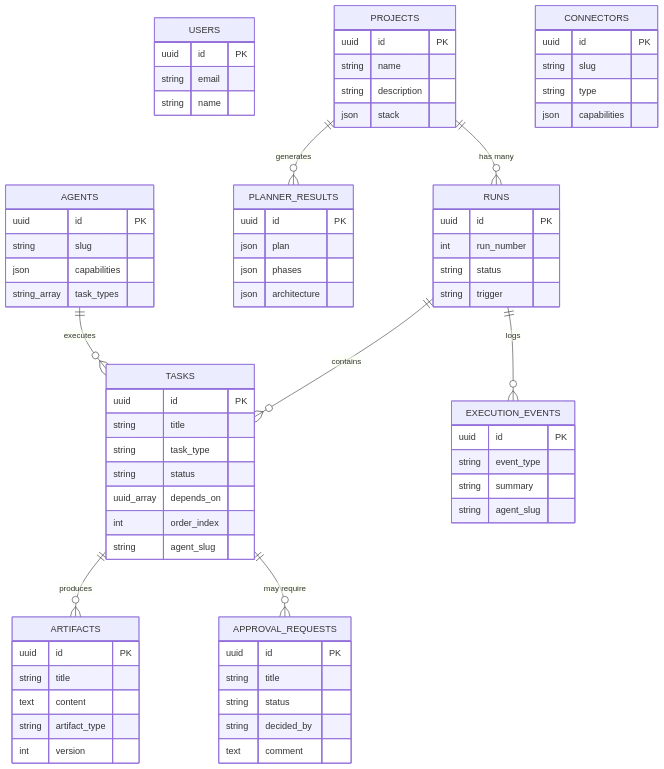
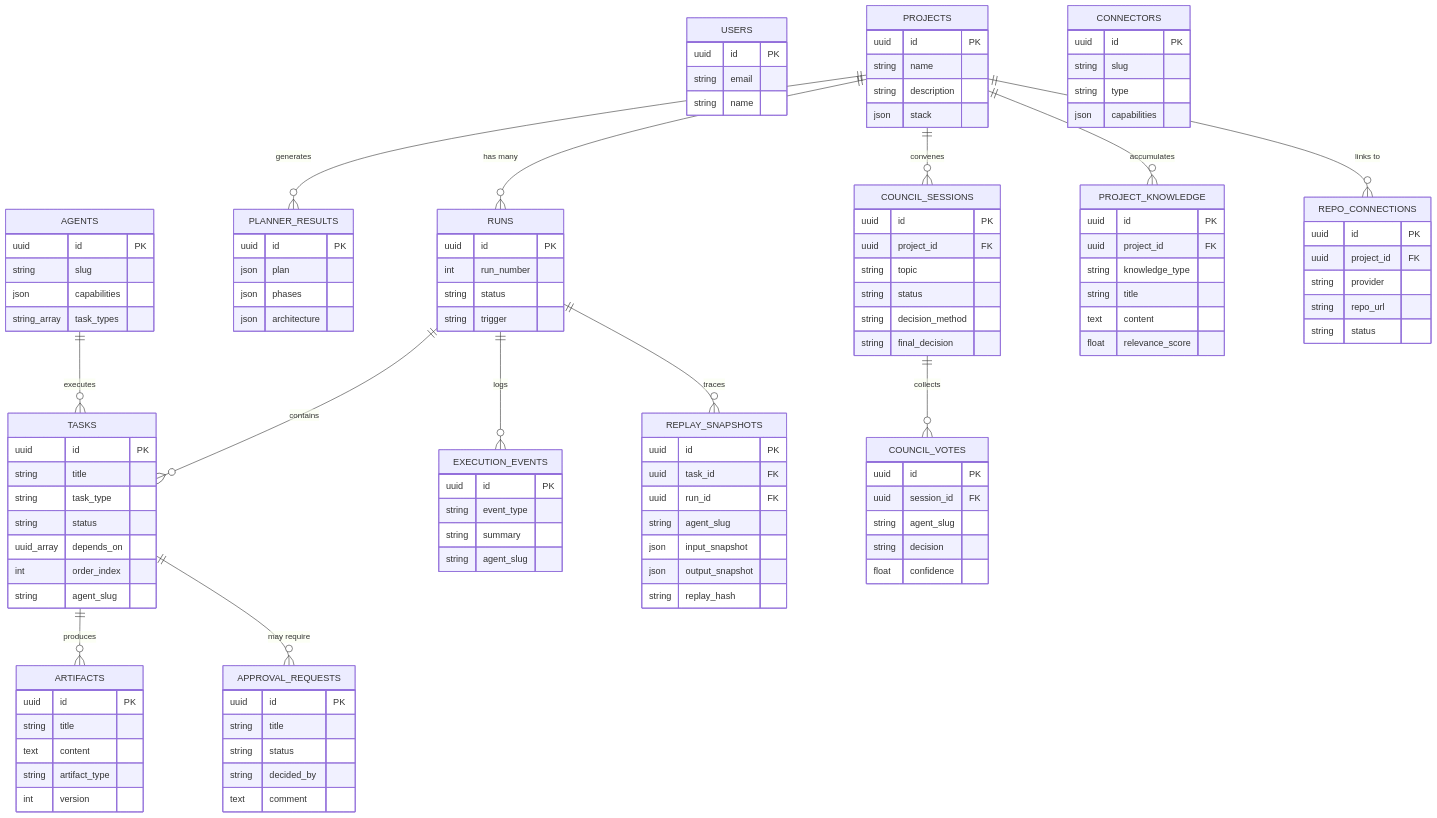
One commit to priyankmistry21699-web/Forgemind changed the third of 7 diagrams in README.md. Above: the diagram before and after it, drawn with Mermaid. The commit also changed other lines of this file and 2 other files, not shown here.

First line of the commit message:
docs: update ARCHITECTURE.md and MILESTONE_SUMMARY.md for FM-046-050 completion

````diff
--- a/README.md
+++ b/README.md
@@ -263,12 +305,56 @@
         string type
         json capabilities
     }
+    REPLAY_SNAPSHOTS {
+        uuid id PK
+        uuid task_id FK
+        uuid run_id FK
+        string agent_slug
+        json input_snapshot
+        json output_snapshot
+        string replay_hash
+    }
+    COUNCIL_SESSIONS {
+        uuid id PK
+        uuid project_id FK
+        string topic
+        string status
+        string decision_method
+        string final_decision
+    }
+    COUNCIL_VOTES {
+        uuid id PK
+        uuid session_id FK
+        string agent_slug
+        string decision
+        float confidence
+    }
+    PROJECT_KNOWLEDGE {
+        uuid id PK
+        uuid project_id FK
+        string knowledge_type
+        string title
+        text content
+        float relevance_score
+    }
+    REPO_CONNECTIONS {
+        uuid id PK
+        uuid project_id FK
+        string provider
+        string repo_url
+        string status
+    }
 
     PROJECTS ||--o{ RUNS : "has many"
     PROJECTS ||--o{ PLANNER_RESULTS : "generates"
+    PROJECTS ||--o{ PROJECT_KNOWLEDGE : "accumulates"
+    PROJECTS ||--o{ REPO_CONNECTIONS : "links to"
+    PROJECTS ||--o{ COUNCIL_SESSIONS : "convenes"
     RUNS ||--o{ TASKS : "contains"
+    RUNS ||--o{ REPLAY_SNAPSHOTS : "traces"
     TASKS ||--o{ ARTIFACTS : "produces"
     TASKS ||--o{ APPROVAL_REQUESTS : "may require"
     RUNS ||--o{ EXECUTION_EVENTS : "logs"
     AGENTS ||--o{ TASKS : "executes"
+    COUNCIL_SESSIONS ||--o{ COUNCIL_VOTES : "collects"
 ```
````
